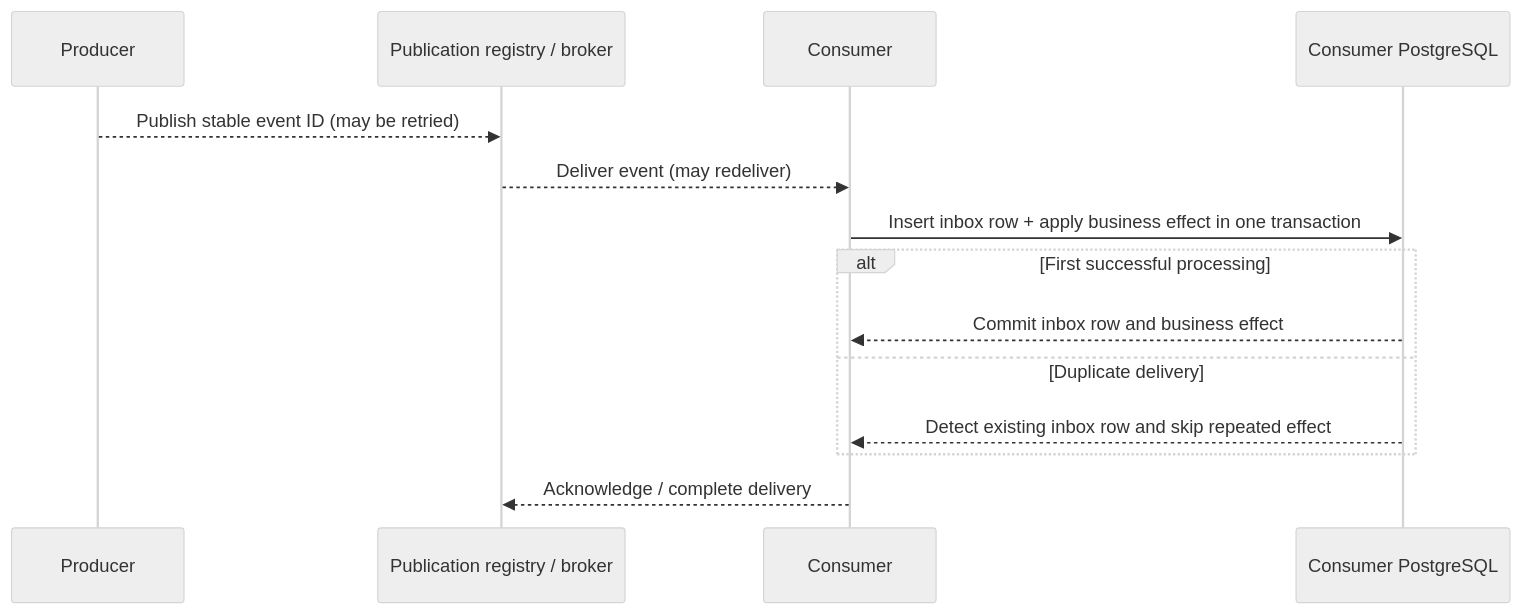
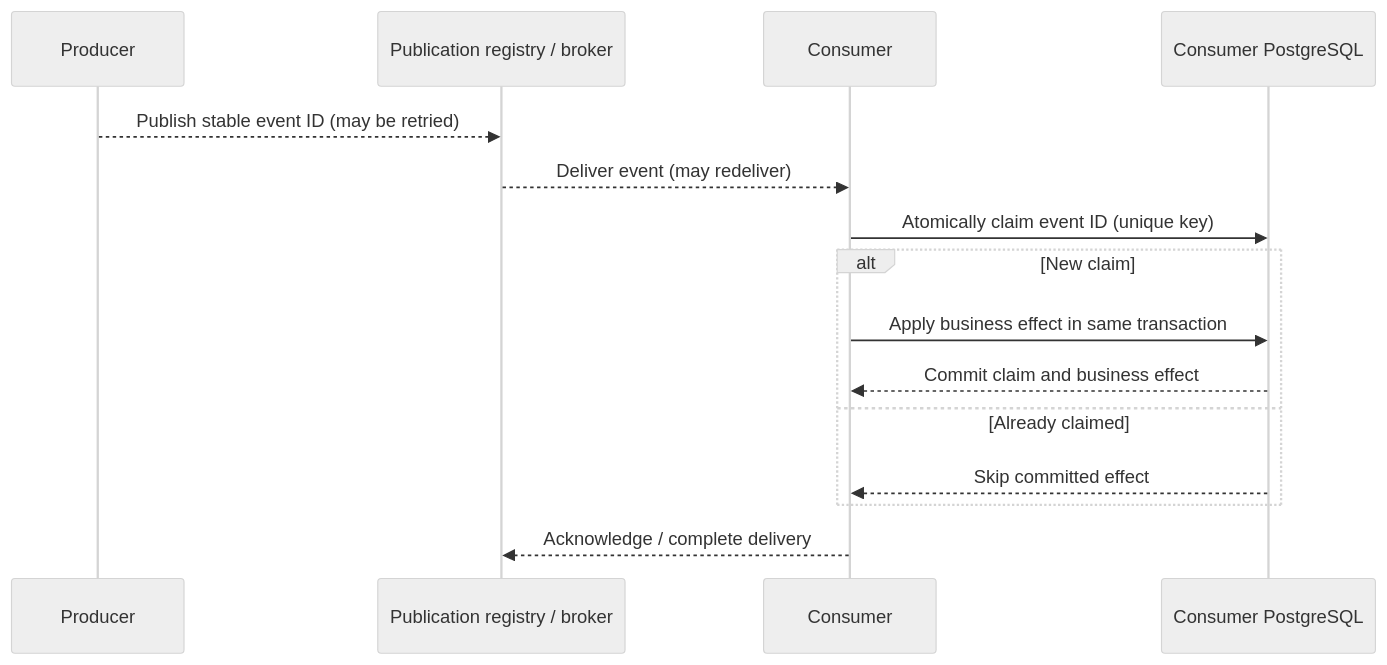
One commit to frederik-hoeft/min-favs-sharewise changed the second of 3 diagrams in docs/stack/messaging.md. Above: the diagram before and after it, drawn with Mermaid (neutral theme). The commit also changed other lines of this file and 2 other files, not shown here.

````diff
--- a/docs/stack/messaging.md
+++ b/docs/stack/messaging.md
@@ -62,16 +66,17 @@
 ```mermaid
 sequenceDiagram
     participant P as Producer
     participant R as Publication registry / broker
     participant C as Consumer
     participant DB as Consumer PostgreSQL
     P-->>R: Publish stable event ID (may be retried)
     R-->>C: Deliver event (may redeliver)
-    C->>DB: Insert inbox row + apply business effect in one transaction
-    alt First successful processing
-        DB-->>C: Commit inbox row and business effect
-    else Duplicate delivery
-        DB-->>C: Detect existing inbox row and skip repeated effect
+    C->>DB: Atomically claim event ID (unique key)
+    alt New claim
+        C->>DB: Apply business effect in same transaction
+        DB-->>C: Commit claim and business effect
+    else Already claimed
+        DB-->>C: Skip committed effect
     end
     C-->>R: Acknowledge / complete delivery
 ```
````
